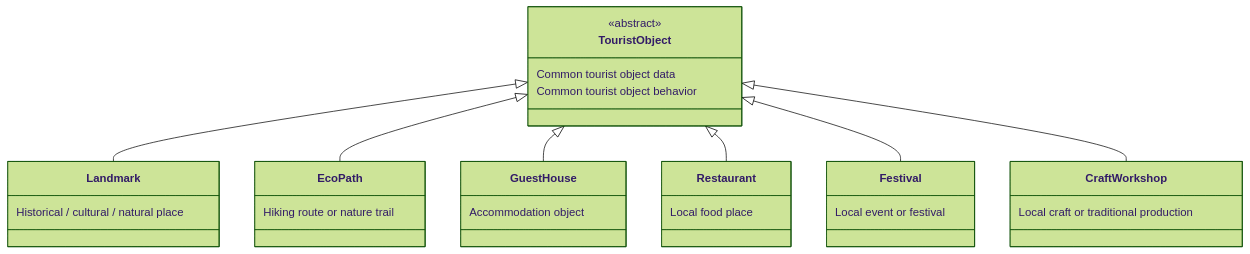
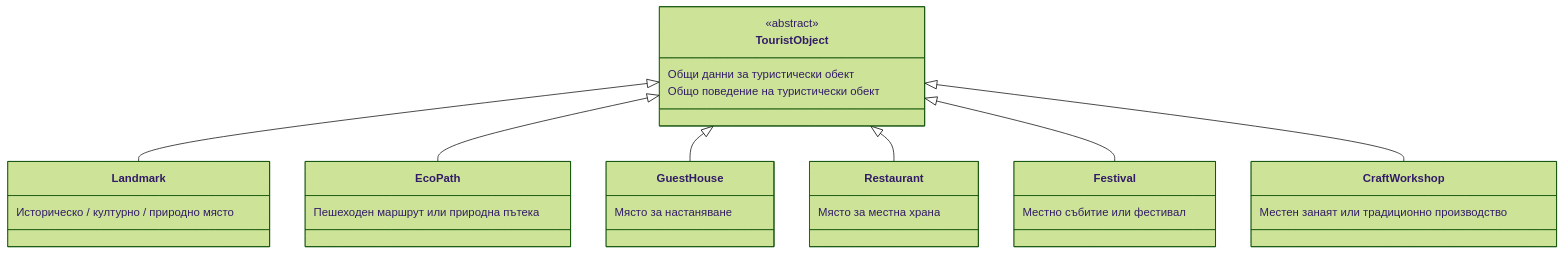
One commit to D3GG/VillageMap changed the second of 5 diagrams in docs/villagemap_architecture.md. Above: the diagram before and after it, drawn with Mermaid (forest theme). The commit also changed other lines of this file and 2 other files, not shown here.

````diff
--- a/docs/villagemap_architecture.md
+++ b/docs/villagemap_architecture.md
@@ -155,39 +157,39 @@
 ```mermaid
 classDiagram
     class TouristObject {
         <<abstract>>
-        Common tourist object data
-        Common tourist object behavior
+        Общи данни за туристически обект
+        Общо поведение на туристически обект
     }
 
     class Landmark {
-        Historical / cultural / natural place
+        Историческо / културно / природно място
     }
 
     class EcoPath {
-        Hiking route or nature trail
+        Пешеходен маршрут или природна пътека
     }
 
     class GuestHouse {
-        Accommodation object
+        Място за настаняване
     }
 
     class Restaurant {
-        Local food place
+        Място за местна храна
     }
 
     class Festival {
-        Local event or festival
+        Местно събитие или фестивал
     }
 
     class CraftWorkshop {
-        Local craft or traditional production
+        Местен занаят или традиционно производство
     }
 
     TouristObject <|-- Landmark
     TouristObject <|-- EcoPath
     TouristObject <|-- GuestHouse
     TouristObject <|-- Restaurant
     TouristObject <|-- Festival
     TouristObject <|-- CraftWorkshop
 ```
````
